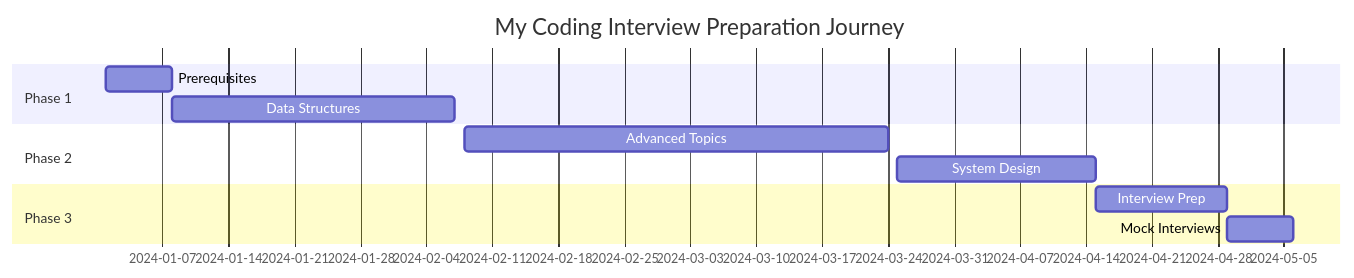
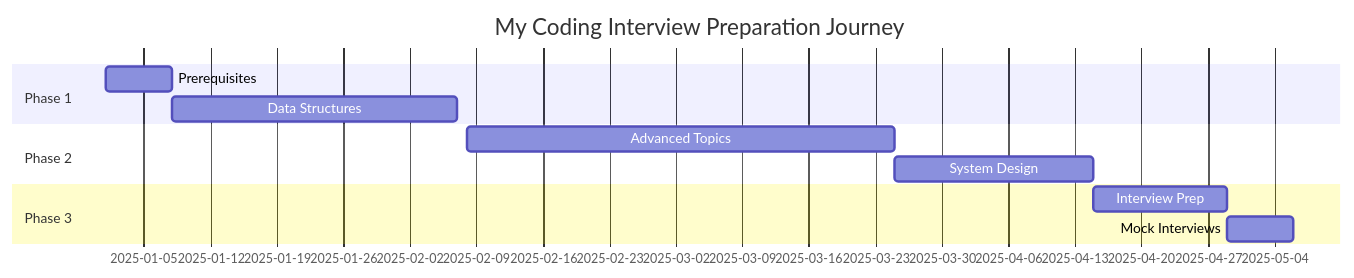
The diagram in README.md (mahmoudabozied4/coding-interview-university), drawn with Mermaid before and after one commit.

````diff
--- a/README.md
+++ b/README.md
@@ -21,14 +21,14 @@
 ```mermaid
 gantt
     title My Coding Interview Preparation Journey
     dateFormat  YYYY-MM-DD
     section Phase 1
-    Prerequisites           :2024-01-01, 7d
-    Data Structures        :2024-01-08, 30d
+    Prerequisites           :2025-01-01, 7d
+    Data Structures        :2025-01-08, 30d
     section Phase 2
-    Advanced Topics        :2024-02-08, 45d
-    System Design          :2024-03-25, 21d
+    Advanced Topics        :2025-02-08, 45d
+    System Design          :2025-03-25, 21d
     section Phase 3
-    Interview Prep         :2024-04-15, 14d
-    Mock Interviews        :2024-04-29, 7d
+    Interview Prep         :2025-04-15, 14d
+    Mock Interviews        :2025-04-29, 7d
 ```
````
